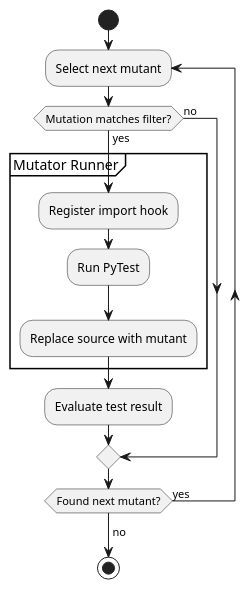
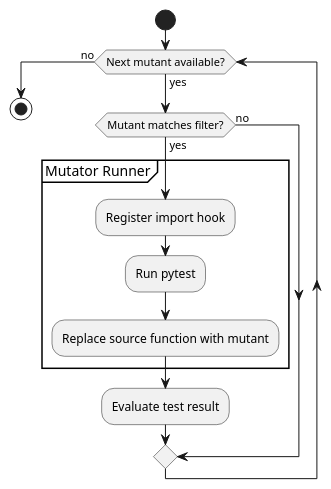
One commit to robert-oleynik/AI4SE-Mutation-Testing changed the diagram in diagrams/tests.puml. Above: the diagram before and after it, drawn with PlantUML.

Commit message:
chore: use while loop in tests.puml and improve formatting

```diff
--- a/diagrams/tests.puml
+++ b/diagrams/tests.puml
@@ -1,16 +1,15 @@
 @startuml
 start
-repeat :Select next mutant;
-	if (Mutation matches filter?) then (yes)
+while (Next mutant available?) is (yes)
+	if (Mutant matches filter?) then (yes)
 		partition Mutator Runner {
 			:Register import hook;
-			:Run PyTest;
-			:Replace source with mutant;
+			:Run pytest;
+			:Replace source function with mutant;
 		}
 		:Evaluate test result;
 	else (no)
 	endif
-repeat while (Found next mutant?) is (yes)
-->no;
+endwhile (no)
 stop
 @enduml
```
